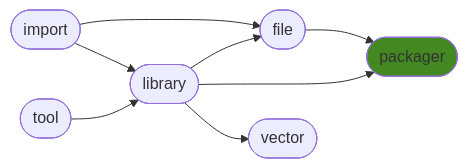
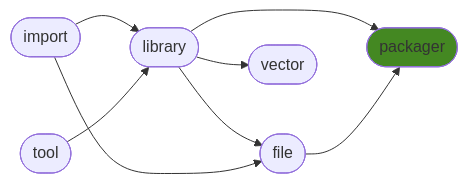
The diagram in README.md (ManderaGeneral/generalpackager), drawn with Mermaid before and after one commit. The commit also changed other lines of this file, not shown here.

````diff
--- a/README.md
+++ b/README.md
@@ -24,17 +24,17 @@
 ```mermaid
 flowchart LR
-0([import]) --> 3([file])
 2([library]) --> 3([file])
 2([library]) --> 5([packager])
 0([import]) --> 2([library])
 1([tool]) --> 2([library])
+0([import]) --> 3([file])
 3([file]) --> 5([packager])
 2([library]) --> 4([vector])
 click 0 "https://github.com/ManderaGeneral/generalimport"
 click 1 "https://github.com/ManderaGeneral/generaltool"
 click 2 "https://github.com/ManderaGeneral/generallibrary"
 click 3 "https://github.com/ManderaGeneral/generalfile"
 click 4 "https://github.com/ManderaGeneral/generalvector"
 click 5 "https://github.com/ManderaGeneral/generalpackager"
 style 5 fill:#482
 ```
````
